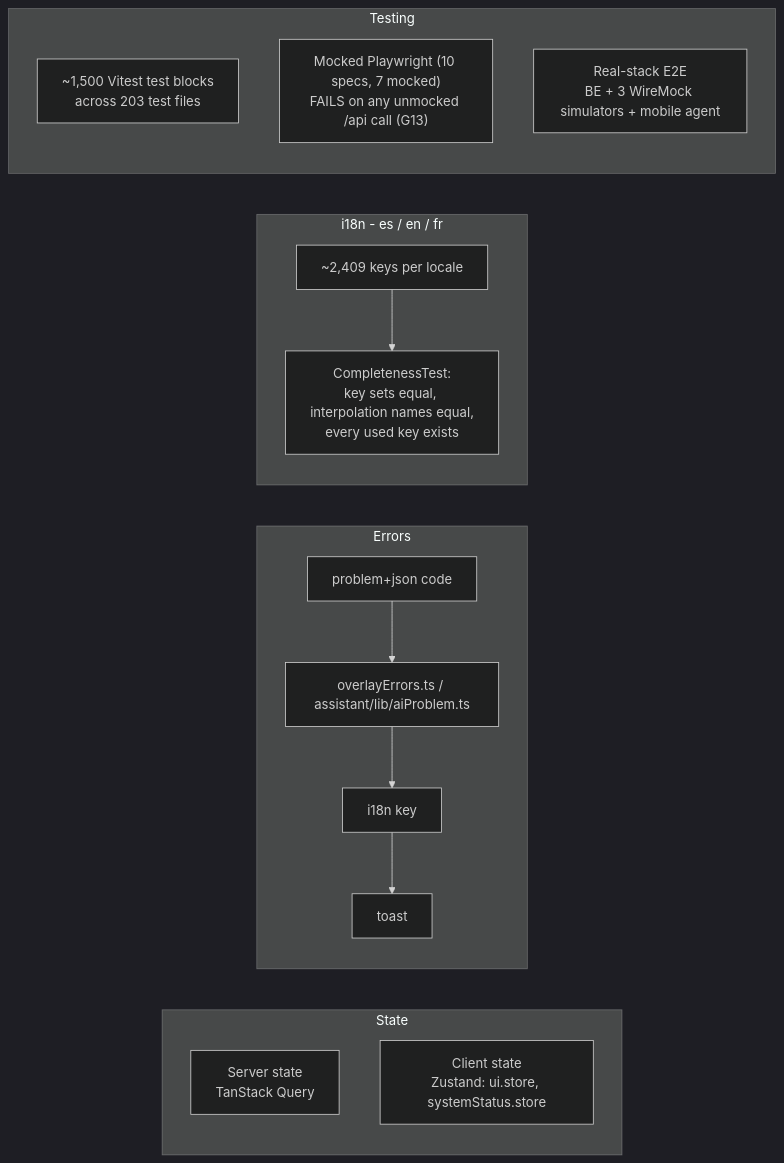
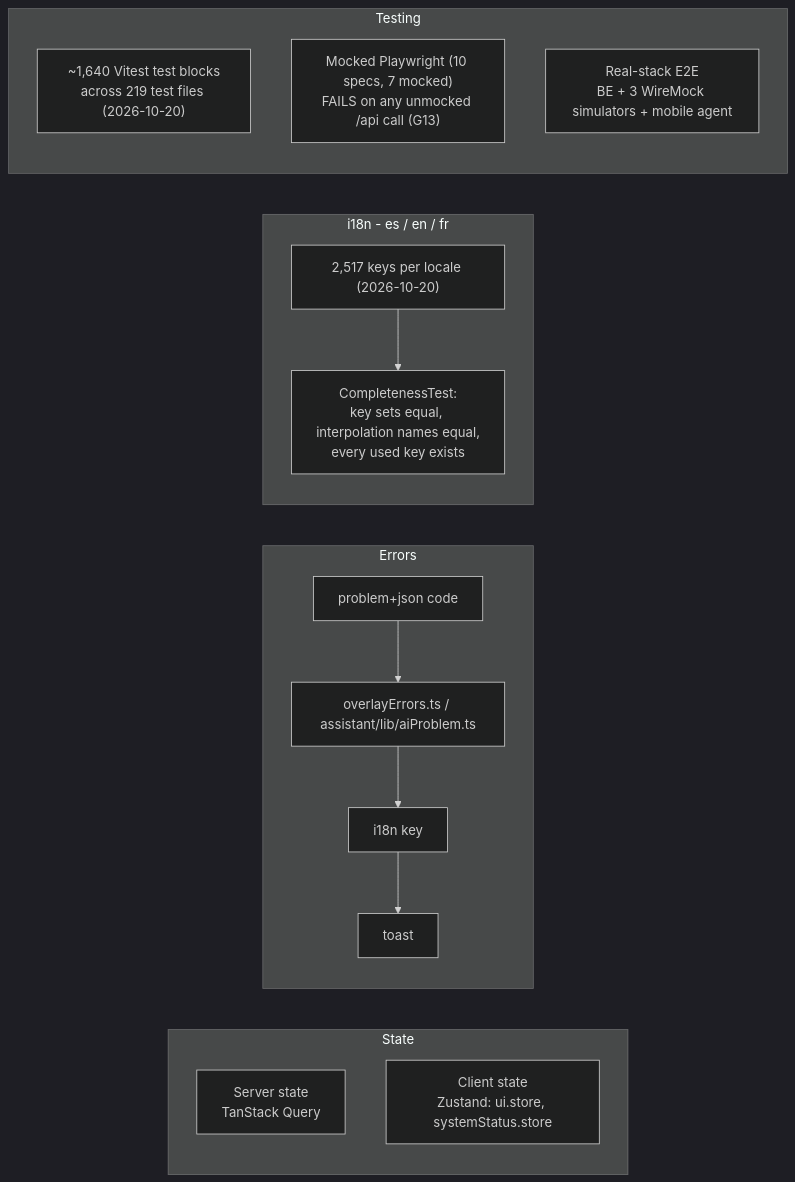
One commit to avenero/ASpectra changed the diagram in docs/diagrams/architectureFE/03-state-errors-i18n-tests.md. Above: the diagram before and after it, drawn with Mermaid (dark theme). The commit also changed other lines of this file and 22 other files, not shown here.

First line of the commit message:
docs: refresh architecture diagrams and map them to the decided scope

````diff
--- a/docs/diagrams/architectureFE/03-state-errors-i18n-tests.md
+++ b/docs/diagrams/architectureFE/03-state-errors-i18n-tests.md
@@ -3,18 +5,18 @@
 ```mermaid
 flowchart LR
     subgraph state["State"]
         SRV["Server state<br/>TanStack Query"]
         CLI["Client state<br/>Zustand: ui.store, systemStatus.store"]
     end
     subgraph err["Errors"]
         PROB["problem+json code"] --> MAP["overlayErrors.ts / assistant/lib/aiProblem.ts"] --> KEY["i18n key"] --> TOAST["toast"]
     end
     subgraph i18n["i18n - es / en / fr"]
-        K["~2,409 keys per locale"] --> CT["CompletenessTest:<br/>key sets equal, interpolation names equal,<br/>every used key exists"]
+        K["2,517 keys per locale (2026-10-20)"] --> CT["CompletenessTest:<br/>key sets equal, interpolation names equal,<br/>every used key exists"]
     end
     subgraph tests["Testing"]
-        V["~1,500 Vitest test blocks<br/>across 203 test files"]
+        V["~1,640 Vitest test blocks<br/>across 219 test files (2026-10-20)"]
         PW["Mocked Playwright (10 specs, 7 mocked)<br/>FAILS on any unmocked /api call (G13)"]
         RE["Real-stack E2E<br/>BE + 3 WireMock simulators + mobile agent"]
     end
 ```
````
